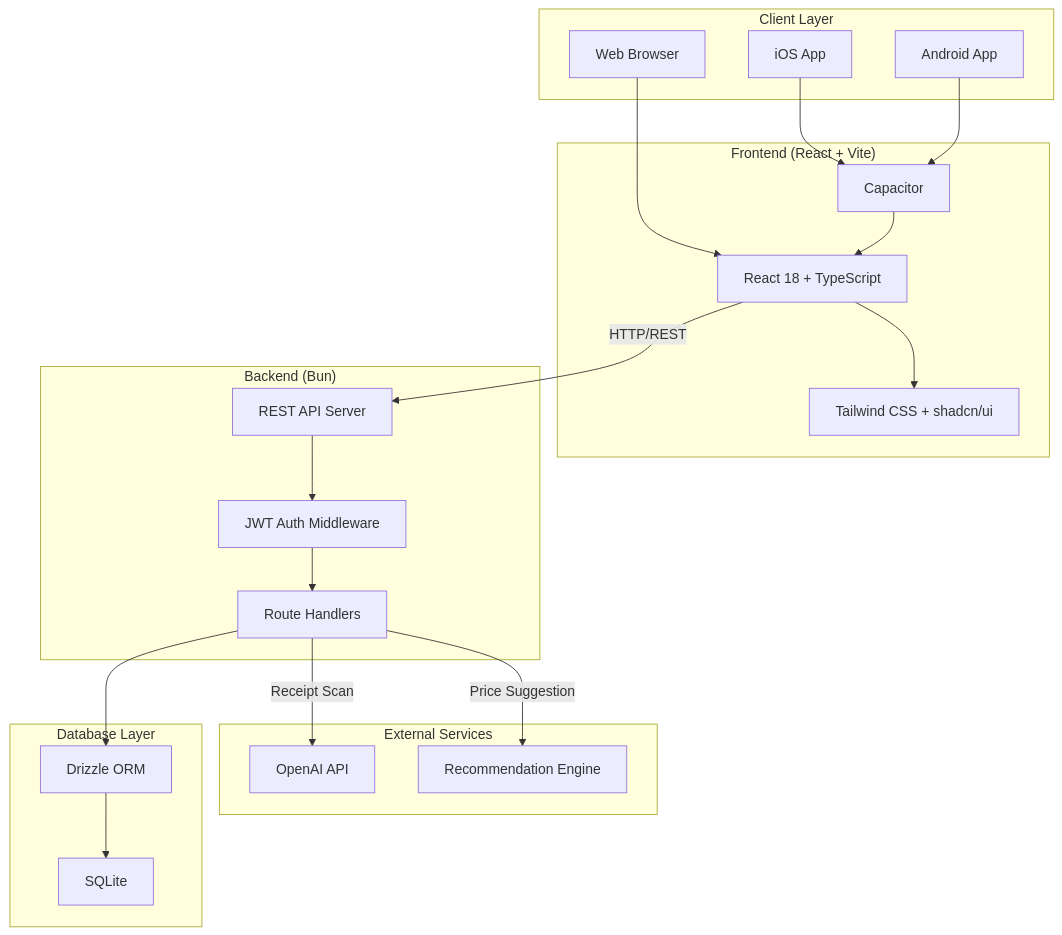
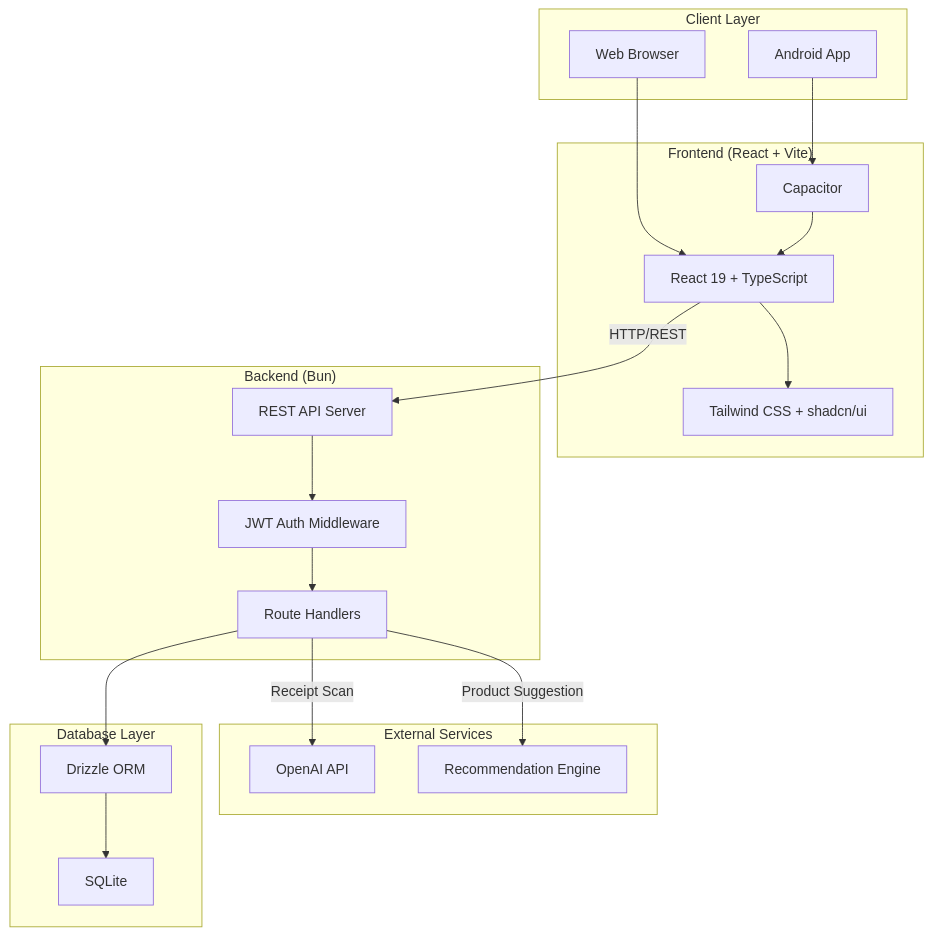
One commit to GDIPSA-Team2/ecoplate changed the first of 5 diagrams in README.md. Above: the diagram before and after it, drawn with Mermaid. The commit also changed other lines of this file and 29 other files, not shown here.

````diff
--- a/README.md
+++ b/README.md
@@ -7,43 +11,41 @@
 ```mermaid
 flowchart TB
     subgraph Client["Client Layer"]
         WEB["Web Browser"]
-        IOS["iOS App"]
         ANDROID["Android App"]
     end
 
     subgraph Frontend["Frontend (React + Vite)"]
-        REACT["React 18 + TypeScript"]
+        REACT["React 19 + TypeScript"]
         CAPACITOR["Capacitor"]
         TAILWIND["Tailwind CSS + shadcn/ui"]
     end
 
     subgraph Backend["Backend (Bun)"]
         API["REST API Server"]
         AUTH["JWT Auth Middleware"]
         ROUTES["Route Handlers"]
     end
 
     subgraph Services["External Services"]
         OPENAI["OpenAI API"]
         RECOMMEND["Recommendation Engine"]
     end
 
     subgraph Database["Database Layer"]
         SQLITE["SQLite"]
         DRIZZLE["Drizzle ORM"]
     end
 
     WEB --> REACT
-    IOS --> CAPACITOR
     ANDROID --> CAPACITOR
     CAPACITOR --> REACT
     REACT --> TAILWIND
     REACT -->|HTTP/REST| API
     API --> AUTH
     AUTH --> ROUTES
     ROUTES --> DRIZZLE
     DRIZZLE --> SQLITE
     ROUTES -->|Receipt Scan| OPENAI
-    ROUTES -->|Price Suggestion| RECOMMEND
+    ROUTES -->|Product Suggestion| RECOMMEND
 ```
````
